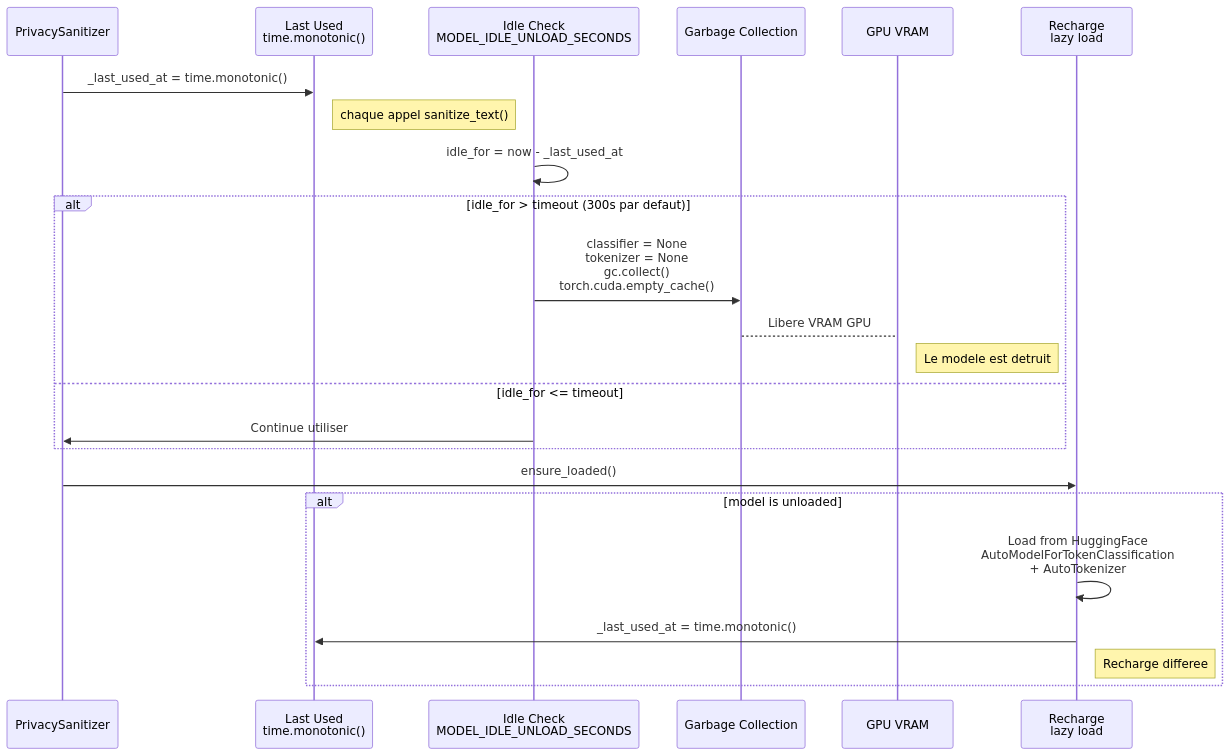
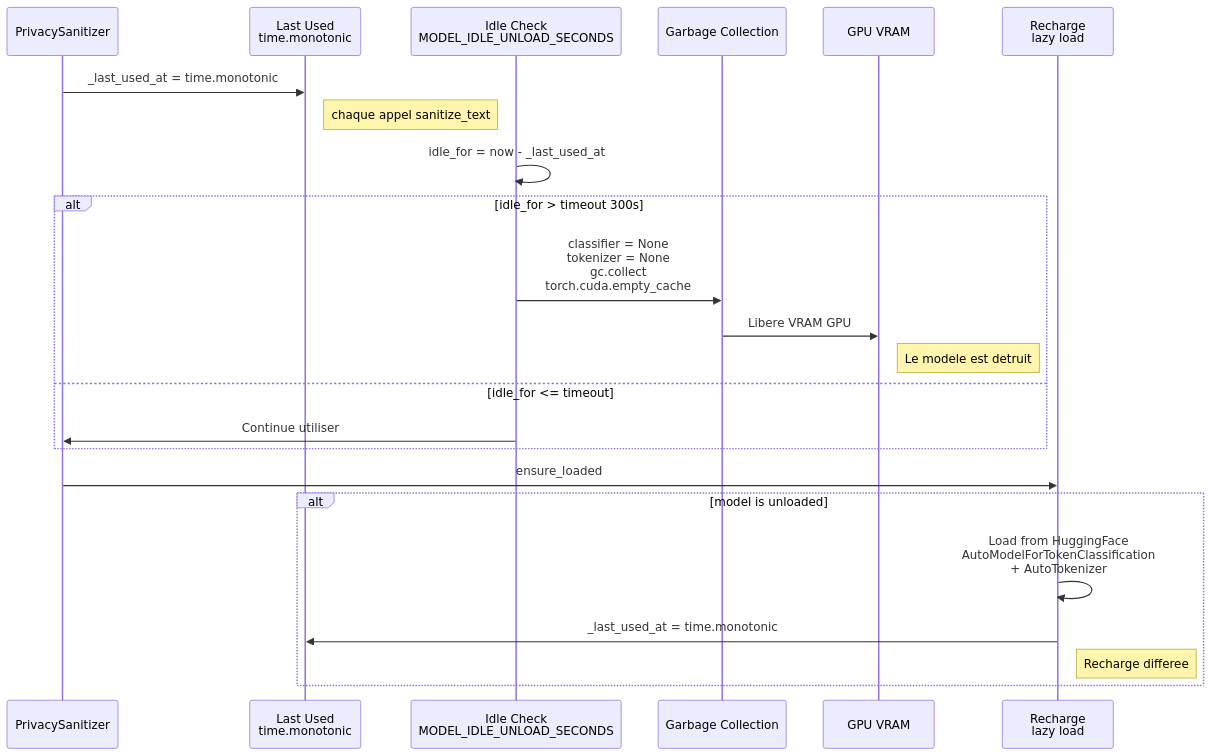
Before and after one commit to ynotopec/api-llm-privacy-proxy: the sixth of 7 diagrams in doc/architecture.md, drawn with Mermaid. The commit also changed other lines of this file, not shown here.

First line of the commit message:
fix: correct all Mermaid rendering issues

````diff
--- a/doc/architecture.md
+++ b/doc/architecture.md
@@ -220,28 +207,30 @@
 ```mermaid
 sequenceDiagram
     participant S as PrivacySanitizer
-    participant TM as Last Used<br/>time.monotonic()
-    participant ID as Idle Check<br/>MODEL_IDLE_UNLOAD_SECONDS
+    participant TM as Last Used<br>time.monotonic
+    participant ID as Idle Check<br>MODEL_IDLE_UNLOAD_SECONDS
     participant GC as Garbage Collection
     participant GPU as GPU VRAM
-    participant RL as Recharge<br/>lazy load
+    participant RL as Recharge<br>lazy load
 
-    S->>TM: _last_used_at = time.monotonic()
-    Note right of TM: chaque appel sanitize_text()
+    S->>TM: _last_used_at = time.monotonic
+    Note right of TM: chaque appel sanitize_text
 
     ID->>ID: idle_for = now - _last_used_at
-    alt idle_for > timeout (300s par defaut)
-        ID->>GC: classifier = None<br/>tokenizer = None<br/>gc.collect()<br/>torch.cuda.empty_cache()
-        GC-->GPU: Libere VRAM GPU
+
+    alt idle_for > timeout 300s
+        ID->>GC: classifier = None<br>tokenizer = None<br>gc.collect<br>torch.cuda.empty_cache
+        GC->>GPU: Libere VRAM GPU
         Note right of GPU: Le modele est detruit
     else idle_for <= timeout
         ID->>S: Continue utiliser
     end
 
-    S->>RL: ensure_loaded()
+    S->>RL: ensure_loaded
+
     alt model is unloaded
-        RL->>RL: Load from HuggingFace<br/>AutoModelForTokenClassification<br/>+ AutoTokenizer
-        RL->>TM: _last_used_at = time.monotonic()
+        RL->>RL: Load from HuggingFace<br>AutoModelForTokenClassification<br>+ AutoTokenizer
+        RL->>TM: _last_used_at = time.monotonic
         Note right of RL: Recharge differee
     end
 ```
````
